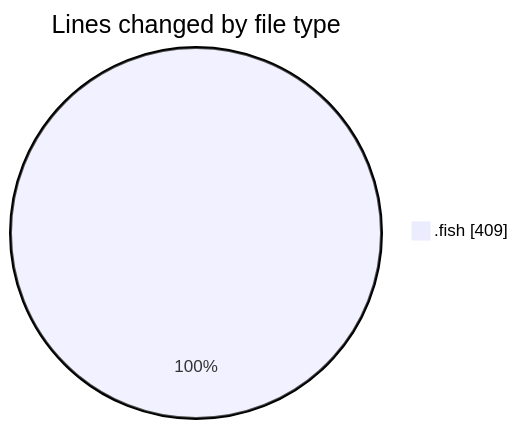
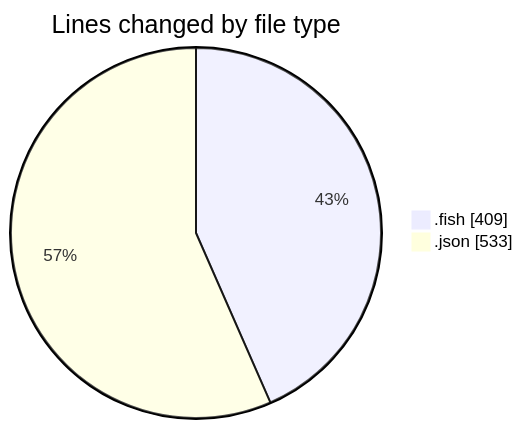
One commit to EIIisD/code-tracking changed the first of 2 diagrams in 2025-07-22/fish/README.md. Above: the diagram before and after it, drawn with Mermaid. The commit also changed other lines of this file and 1 other file, not shown here.

````diff
--- a/2025-07-22/fish/README.md
+++ b/2025-07-22/fish/README.md
@@ -22,5 +23,6 @@
 ```mermaid
 pie showData
 title Lines changed by file type
 ".fish" : 409
+".json" : 533
 ```
````
